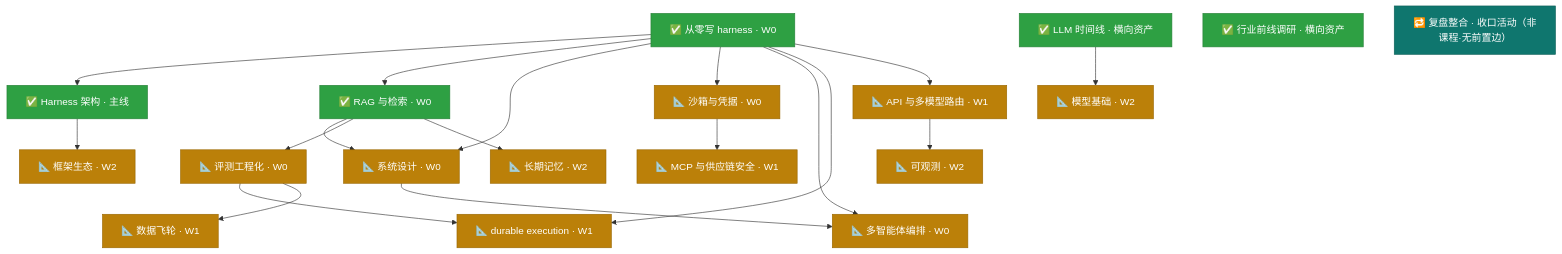
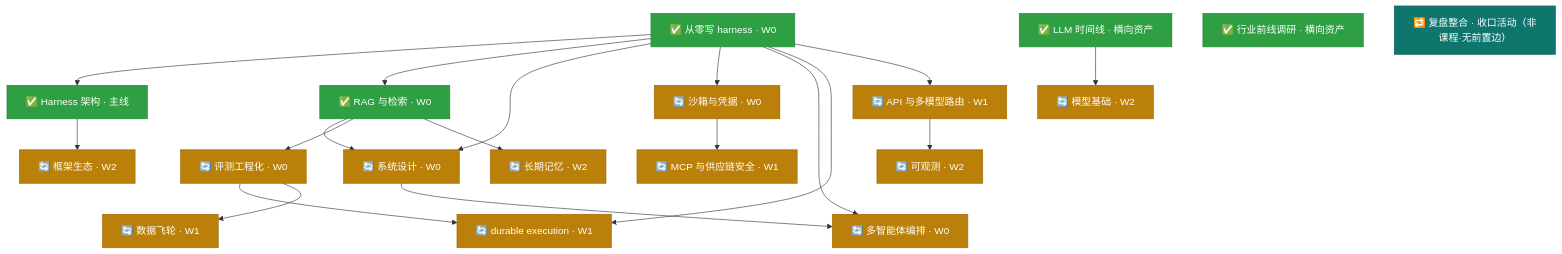
The diagram in notes/knowledge-map.md (zo0043/learn-agent-harness), drawn with Mermaid before and after one commit. The commit also changed other lines of this file and 18 other files, not shown here.

````diff
--- a/notes/knowledge-map.md
+++ b/notes/knowledge-map.md
@@ -83,44 +83,44 @@
 ```mermaid
 graph TD
   classDef done fill:#2ea043,stroke:#278038,color:#fff
   classDef doing fill:#bb8009,stroke:#9a6700,color:#fff
   classDef todo fill:#6e7681,stroke:#57606a,color:#fff
   classDef hub fill:#0f766e,stroke:#0d5f59,color:#fff
 
   HARNESS["✅ 从零写 harness · W0"]:::done
   AGENTH["✅ Harness 架构 · 主线"]:::done
   RAG["✅ RAG 与检索 · W0"]:::done
-  SYSDESIGN["📐 系统设计 · W0"]:::doing
-  SANDBOX["📐 沙箱与凭据 · W0"]:::doing
-  EVAL["📐 评测工程化 · W0"]:::doing
-  DURABLE["📐 durable execution · W1"]:::doing
-  MCP["📐 MCP 与供应链安全 · W1"]:::doing
-  API["📐 API 与多模型路由 · W1"]:::doing
-  FLYWHEEL["📐 数据飞轮 · W1"]:::doing
-  OBS["📐 可观测 · W2"]:::doing
-  MEMORY["📐 长期记忆 · W2"]:::doing
-  MODEL["📐 模型基础 · W2"]:::doing
-  FRAMEWORK["📐 框架生态 · W2"]:::doing
-  MULTIAGENT["📐 多智能体编排 · W0"]:::doing
+  SYSDESIGN["🔄 系统设计 · W0"]:::doing
+  SANDBOX["🔄 沙箱与凭据 · W0"]:::doing
+  EVAL["🔄 评测工程化 · W0"]:::doing
+  DURABLE["🔄 durable execution · W1"]:::doing
+  MCP["🔄 MCP 与供应链安全 · W1"]:::doing
+  API["🔄 API 与多模型路由 · W1"]:::doing
+  FLYWHEEL["🔄 数据飞轮 · W1"]:::doing
+  OBS["🔄 可观测 · W2"]:::doing
+  MEMORY["🔄 长期记忆 · W2"]:::doing
+  MODEL["🔄 模型基础 · W2"]:::doing
+  FRAMEWORK["🔄 框架生态 · W2"]:::doing
+  MULTIAGENT["🔄 多智能体编排 · W0"]:::doing
   TIMELINE["✅ LLM 时间线 · 横向资产"]:::done
   INDUSTRY["✅ 行业前线调研 · 横向资产"]:::done
   SYNTH["🔁 复盘整合 · 收口活动（非课程·无前置边）"]:::hub
 
   HARNESS --> AGENTH
   HARNESS --> RAG
   HARNESS --> SYSDESIGN
   RAG --> SYSDESIGN
   HARNESS --> SANDBOX
   SANDBOX --> MCP
   RAG --> EVAL
   SYSDESIGN --> MULTIAGENT
   HARNESS --> MULTIAGENT
   HARNESS --> DURABLE
   EVAL --> DURABLE
   HARNESS --> API
   API --> OBS
   RAG --> MEMORY
   EVAL --> FLYWHEEL
   TIMELINE --> MODEL
   AGENTH --> FRAMEWORK
 ```
````
